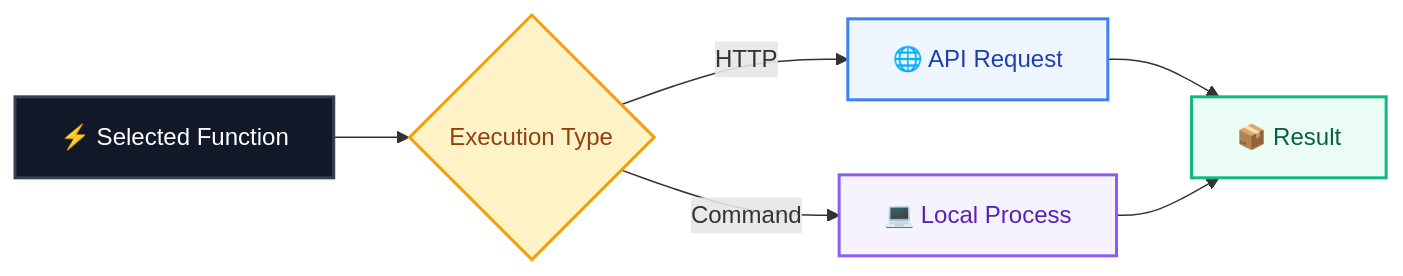
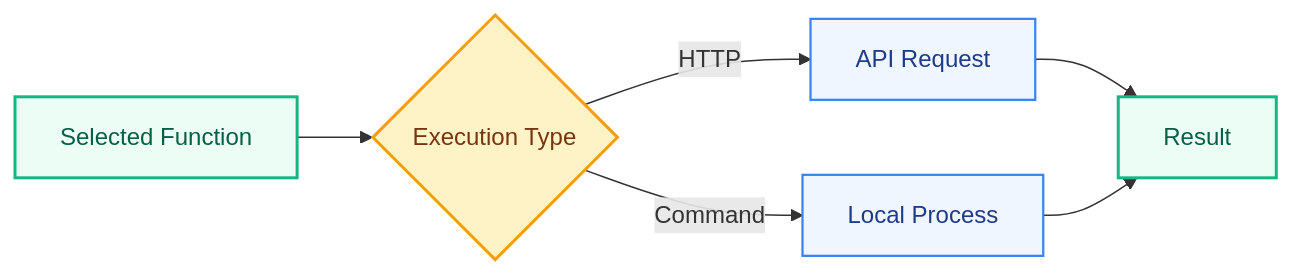
One commit to autotask05-pixel/quicktasksdesktopv3 changed the fourth of 8 diagrams in README.md. Above: the diagram before and after it, drawn with Mermaid. The commit also changed other lines of this file, not shown here.

````diff
--- a/README.md
+++ b/README.md
@@ -103,22 +111,20 @@
 ```mermaid
 flowchart LR
-    A["⚡ Selected Function"] --> B{"Execution Type"}
+    F["Selected Function"] --> T{"Execution Type"}
 
-    B -->|HTTP| C["🌐 API Request"]
-    B -->|Command| D["💻 Local Process"]
+    T -->|"HTTP"| H["API Request"]
+    T -->|"Command"| C["Local Process"]
 
-    C --> E["📦 Result"]
-    D --> E
+    H --> R["Result"]
+    C --> R
 
-    classDef input fill:#111827,color:#fff,stroke:#374151,stroke-width:2px
-    classDef decision fill:#fef3c7,color:#92400e,stroke:#f59e0b,stroke-width:2px
-    classDef http fill:#eff6ff,color:#1e40af,stroke:#3b82f6,stroke-width:2px
-    classDef command fill:#f5f3ff,color:#5b21b6,stroke:#8b5cf6,stroke-width:2px
-    classDef result fill:#ecfdf5,color:#065f46,stroke:#10b981,stroke-width:2px
+    classDef function fill:#ecfdf5,color:#065f46,stroke:#10b981,stroke-width:2px
+    classDef decision fill:#fef3c7,color:#78350f,stroke:#f59e0b,stroke-width:2px
+    classDef system fill:#eff6ff,color:#1e3a8a,stroke:#3b82f6,stroke-width:1.5px
+    classDef output fill:#ecfdf5,color:#065f46,stroke:#10b981,stroke-width:2px
 
-    class A input
-    class B decision
-    class C http
-    class D command
-    class E result
+    class F function
+    class T decision
+    class H,C system
+    class R output
 ```
````
